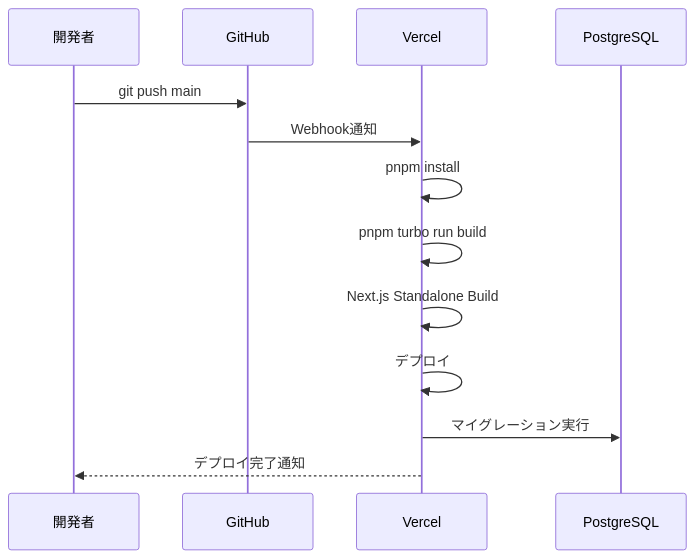
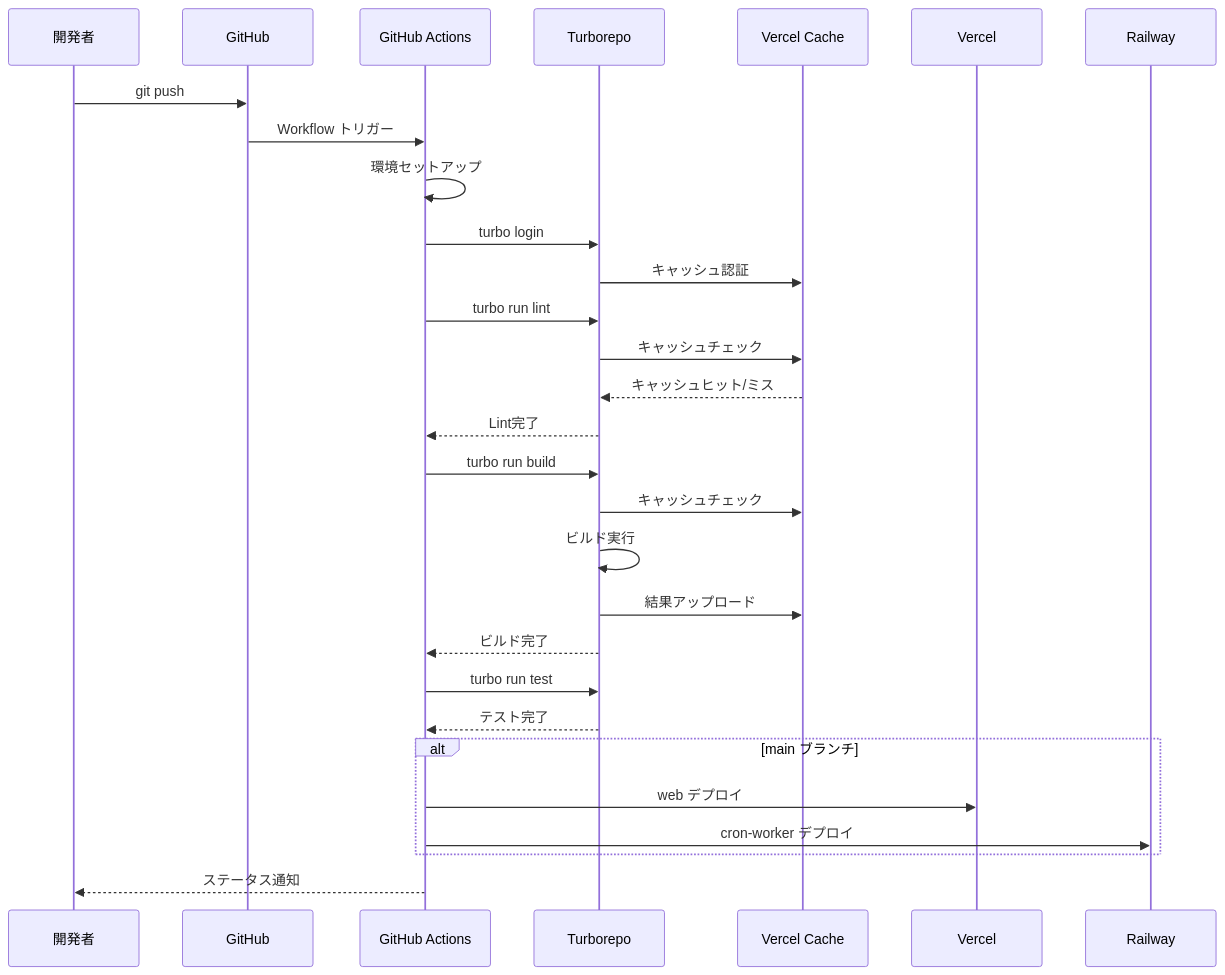
Before and after one commit to einja-inc/einja-management-template: the second of 3 diagrams in docs/steering/infrastructure/deployment.md, drawn with Mermaid. The commit also changed other lines of this file and 45 other files, not shown here.

````diff
--- a/docs/steering/infrastructure/deployment.md
+++ b/docs/steering/infrastructure/deployment.md
@@ -110,16 +102,37 @@
 ```mermaid
 sequenceDiagram
     participant Dev as 開発者
-    participant GitHub as GitHub
+    participant GH as GitHub
+    participant CI as GitHub Actions
+    participant Turbo as Turborepo
+    participant Cache as Vercel Cache
     participant Vercel as Vercel
-    participant DB as PostgreSQL
+    participant Railway as Railway
 
-    Dev->>GitHub: git push main
-    GitHub->>Vercel: Webhook通知
-    Vercel->>Vercel: pnpm install
-    Vercel->>Vercel: pnpm turbo run build
-    Vercel->>Vercel: Next.js Standalone Build
-    Vercel->>Vercel: デプロイ
-    Vercel->>DB: マイグレーション実行
-    Vercel-->>Dev: デプロイ完了通知
+    Dev->>GH: git push
+    GH->>CI: Workflow トリガー
+    CI->>CI: 環境セットアップ
+    CI->>Turbo: turbo login
+    Turbo->>Cache: キャッシュ認証
+
+    CI->>Turbo: turbo run lint
+    Turbo->>Cache: キャッシュチェック
+    Cache-->>Turbo: キャッシュヒット/ミス
+    Turbo-->>CI: Lint完了
+
+    CI->>Turbo: turbo run build
+    Turbo->>Cache: キャッシュチェック
+    Turbo->>Turbo: ビルド実行
+    Turbo->>Cache: 結果アップロード
+    Turbo-->>CI: ビルド完了
+
+    CI->>Turbo: turbo run test
+    Turbo-->>CI: テスト完了
+
+    alt main ブランチ
+        CI->>Vercel: web デプロイ
+        CI->>Railway: cron-worker デプロイ
+    end
+
+    CI-->>Dev: ステータス通知
 ```
````
